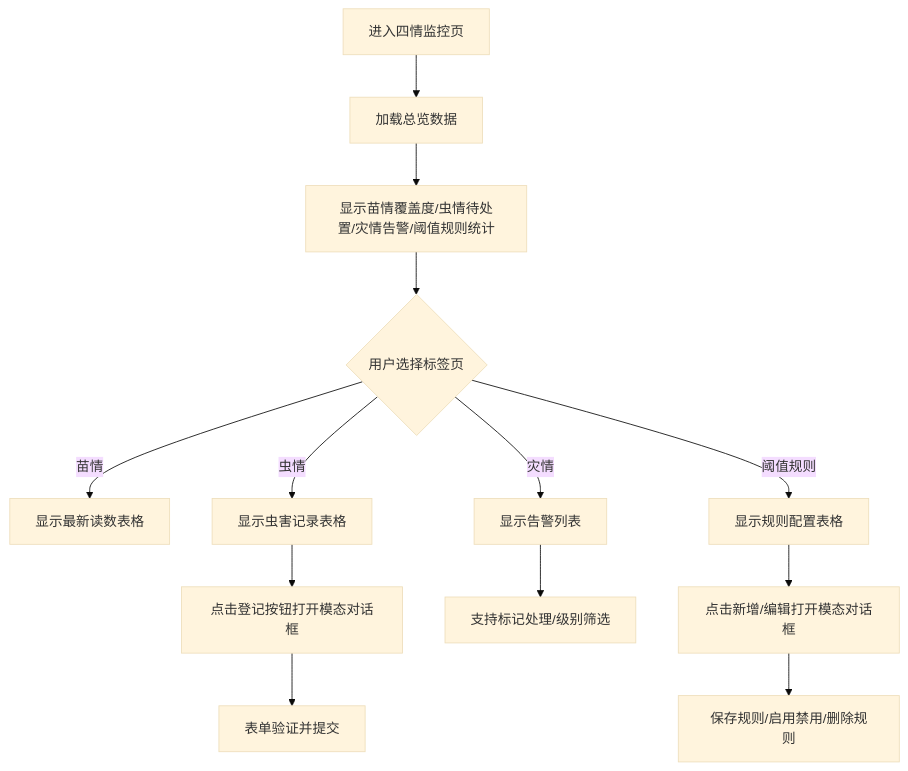
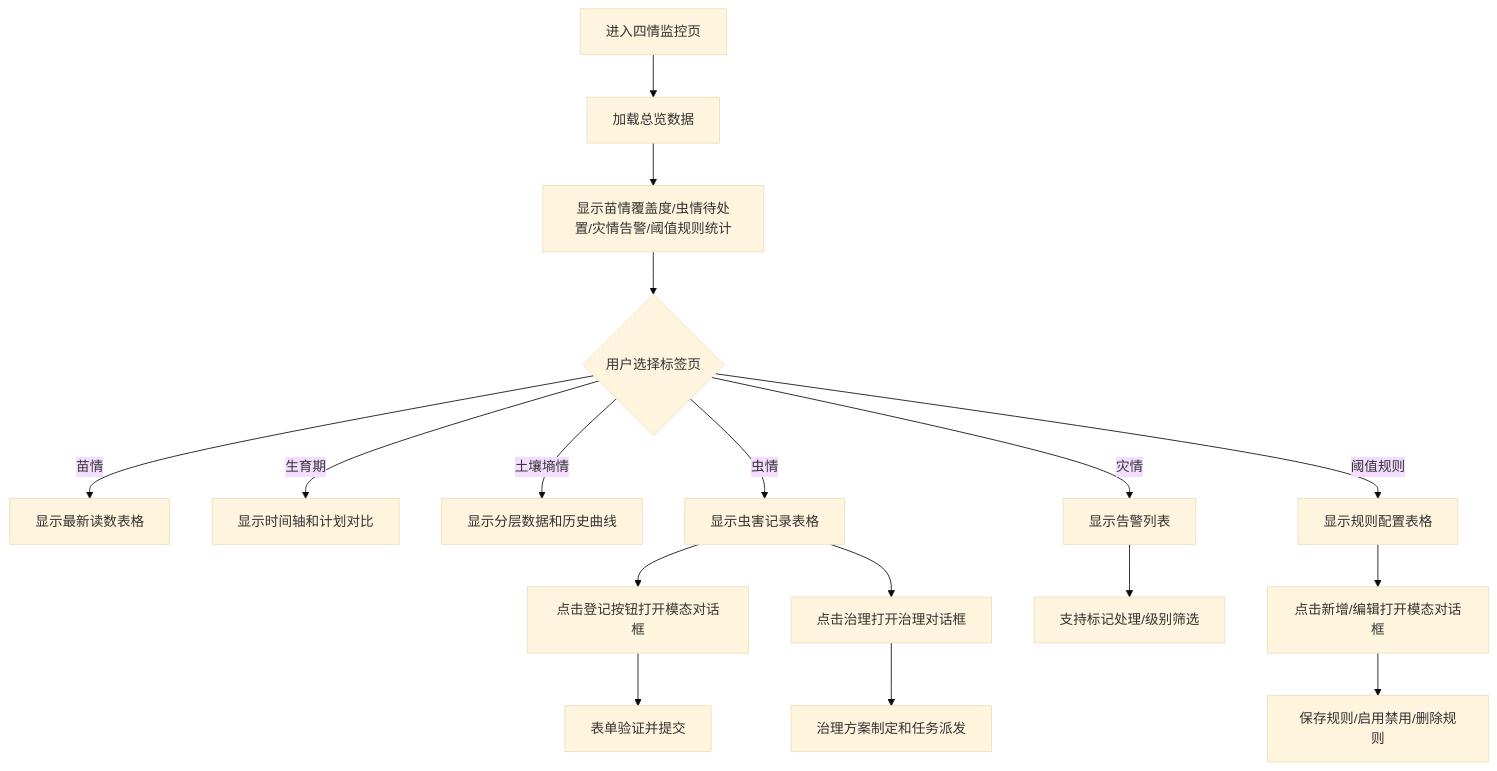
Before and after one commit to q446328246/agri-platform: the fourth of 8 diagrams in .qoder/repowiki/zh/content/前端应用文档/前端应用文档.md, drawn with Mermaid (base theme). The commit also changed other lines of this file and 52 other files, not shown here.

````diff
--- a/.qoder/repowiki/zh/content/前端应用文档/前端应用文档.md
+++ b/.qoder/repowiki/zh/content/前端应用文档/前端应用文档.md
@@ -256,15 +271,19 @@
 ```mermaid
 flowchart TD
 A["进入四情监控页"] --> B["加载总览数据"]
 B --> C["显示苗情覆盖度/虫情待处置/灾情告警/阈值规则统计"]
 C --> D{"用户选择标签页"}
 D --> |苗情| E["显示最新读数表格"]
-D --> |虫情| F["显示虫害记录表格"]
-D --> |灾情| G["显示告警列表"]
-D --> |阈值规则| H["显示规则配置表格"]
-F --> I["点击登记按钮打开模态对话框"]
-G --> J["支持标记处理/级别筛选"]
-H --> K["点击新增/编辑打开模态对话框"]
-I --> L["表单验证并提交"]
-K --> M["保存规则/启用禁用/删除规则"]
+D --> |生育期| F["显示时间轴和计划对比"]
+D --> |土壤墒情| G["显示分层数据和历史曲线"]
+D --> |虫情| H["显示虫害记录表格"]
+D --> |灾情| I["显示告警列表"]
+D --> |阈值规则| J["显示规则配置表格"]
+H --> K["点击登记按钮打开模态对话框"]
+H --> L["点击治理打开治理对话框"]
+I --> M["支持标记处理/级别筛选"]
+J --> N["点击新增/编辑打开模态对话框"]
+K --> O["表单验证并提交"]
+L --> P["治理方案制定和任务派发"]
+N --> Q["保存规则/启用禁用/删除规则"]
 ```
````
